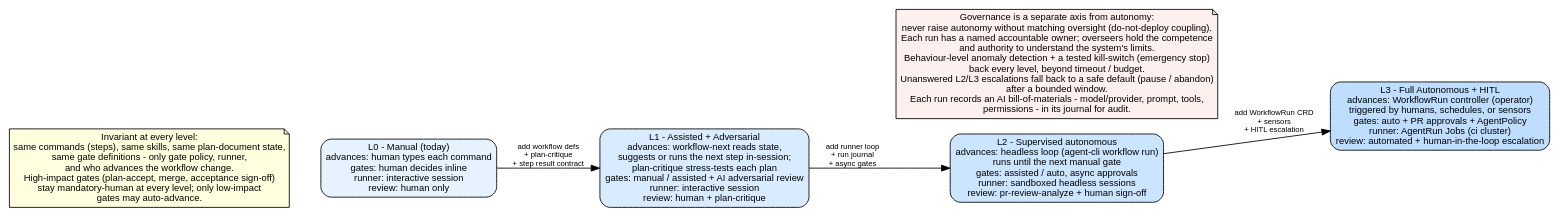
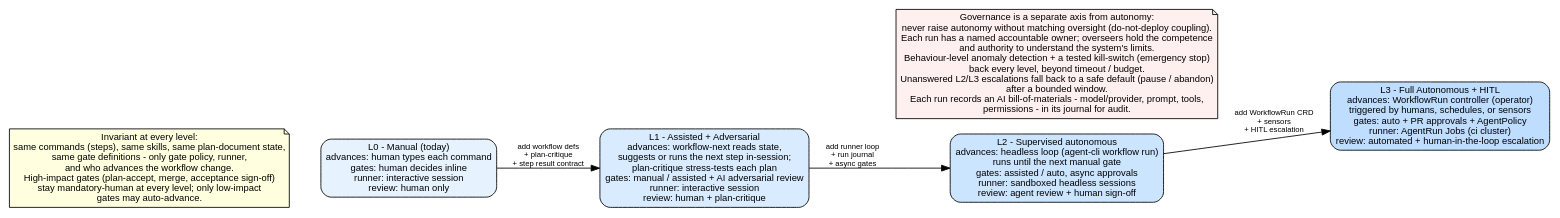
Before and after one commit to xonovex/platform: the diagram in packages/diagram/diagram-agent-workflow/maturity-ladder.dot, drawn with Graphviz. The commit also changed 26 other files, not shown here.

```diff
--- a/packages/diagram/diagram-agent-workflow/maturity-ladder.dot
+++ b/packages/diagram/diagram-agent-workflow/maturity-ladder.dot
@@ -1,22 +1,22 @@
 digraph AgenticMaturityLadder {
   // Progressive automation: what changes per level, and what never does.
   rankdir=LR;
   splines=polyline;
   node [shape=box, style="rounded,filled", fillcolor=white, fontname="Arial", fontsize=11];
   edge [fontname="Arial", fontsize=9];
 
   l0 [label="L0 - Manual (today)\nadvances: human types each command\ngates: human decides inline\nrunner: interactive session\nreview: human only", fillcolor="#e6f3ff"];
   l1 [label="L1 - Assisted + Adversarial\nadvances: workflow-next reads state,\nsuggests or runs the next step in-session;\nplan-critique stress-tests each plan\ngates: manual / assisted + AI adversarial review\nrunner: interactive session\nreview: human + plan-critique", fillcolor="#d9ecff"];
-  l2 [label="L2 - Supervised autonomous\nadvances: headless loop (agent-cli workflow run)\nruns until the next manual gate\ngates: assisted / auto, async approvals\nrunner: sandboxed headless sessions\nreview: pr-review-analyze + human sign-off", fillcolor="#cce5ff"];
+  l2 [label="L2 - Supervised autonomous\nadvances: headless loop (agent-cli workflow run)\nruns until the next manual gate\ngates: assisted / auto, async approvals\nrunner: sandboxed headless sessions\nreview: agent review + human sign-off", fillcolor="#cce5ff"];
   l3 [label="L3 - Full Autonomous + HITL\nadvances: WorkflowRun controller (operator)\ntriggered by humans, schedules, or sensors\ngates: auto + PR approvals + AgentPolicy\nrunner: AgentRun Jobs (ci cluster)\nreview: automated + human-in-the-loop escalation", fillcolor="#bfdeff"];
 
   l0 -> l1 [label="add workflow defs\n+ plan-critique\n+ step result contract"];
   l1 -> l2 [label="add runner loop\n+ run journal\n+ async gates"];
   l2 -> l3 [label="add WorkflowRun CRD\n+ sensors\n+ HITL escalation"];
 
   invariant [label="Invariant at every level:\nsame commands (steps), same skills, same plan-document state,\nsame gate definitions - only gate policy, runner,\nand who advances the workflow change.\nHigh-impact gates (plan-accept, merge, acceptance sign-off)\nstay mandatory-human at every level; only low-impact\ngates may auto-advance.", shape=note, fillcolor=lightyellow];
   invariant -> l0 [style=invis];
 
   governance [label="Governance is a separate axis from autonomy:\nnever raise autonomy without matching oversight (do-not-deploy coupling).\nEach run has a named accountable owner; overseers hold the competence\nand authority to understand the system's limits.\nBehaviour-level anomaly detection + a tested kill-switch (emergency stop)\nback every level, beyond timeout / budget.\nUnanswered L2/L3 escalations fall back to a safe default (pause / abandon)\nafter a bounded window.\nEach run records an AI bill-of-materials - model/provider, prompt, tools,\npermissions - in its journal for audit.", shape=note, fillcolor="#fff0f0"];
   governance -> l3 [style=invis];
 }
```
